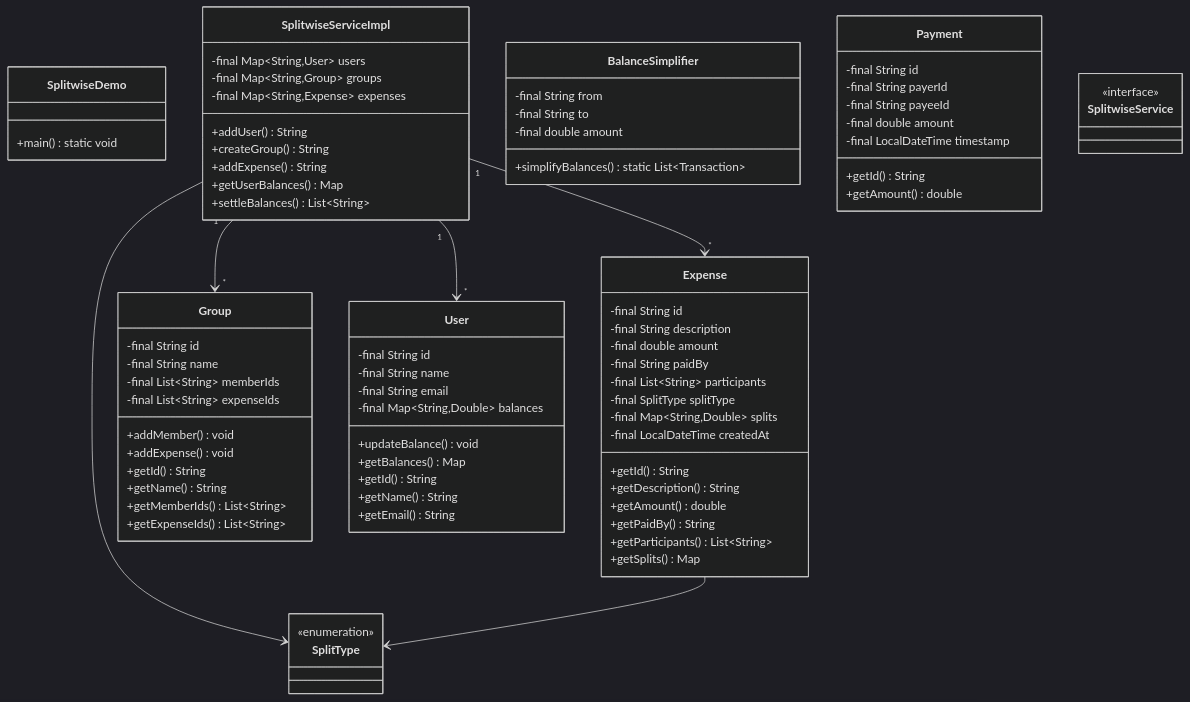
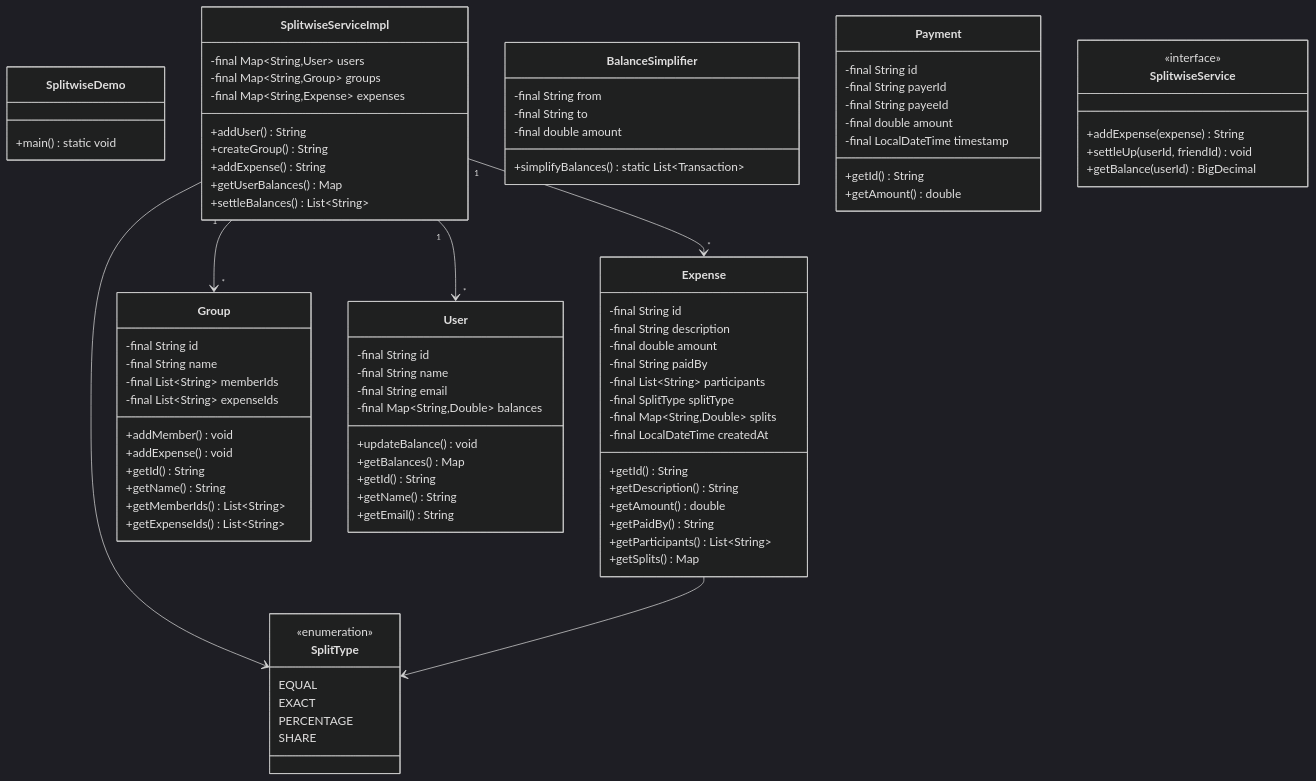
Before and after one commit to dlkr18/lld-playbook: the diagram in docs/problems/splitwise/README.md, drawn with Mermaid (dark theme). The commit also changed 95 other files, not shown here.

```diff
--- a/docs/problems/splitwise/README.md
+++ b/docs/problems/splitwise/README.md
@@ -151,11 +151,20 @@
         +getEmail() String
     }
 
-    class SplitType
-    <<enumeration>> SplitType
+    class SplitType {
+        <<enumeration>>
+        EQUAL
+        EXACT
+        PERCENTAGE
+        SHARE
+    }
 
-    class SplitwiseService
-    <<interface>> SplitwiseService
+    class SplitwiseService {
+        <<interface>>
+        +addExpense(expense) String
+        +settleUp(userId, friendId) void
+        +getBalance(userId) BigDecimal
+    }
 
     SplitwiseServiceImpl "1" --> "*" User
     SplitwiseServiceImpl "1" --> "*" Group
```
